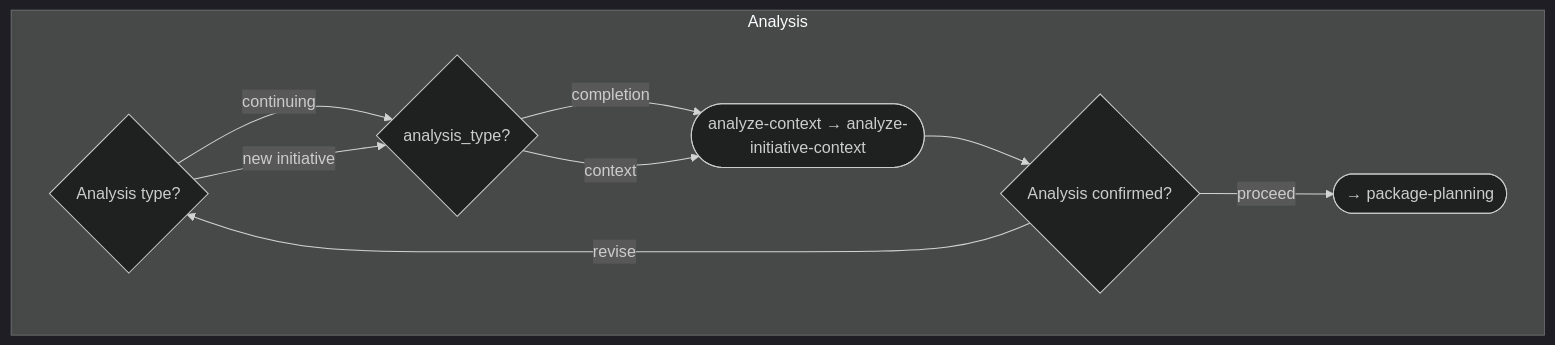
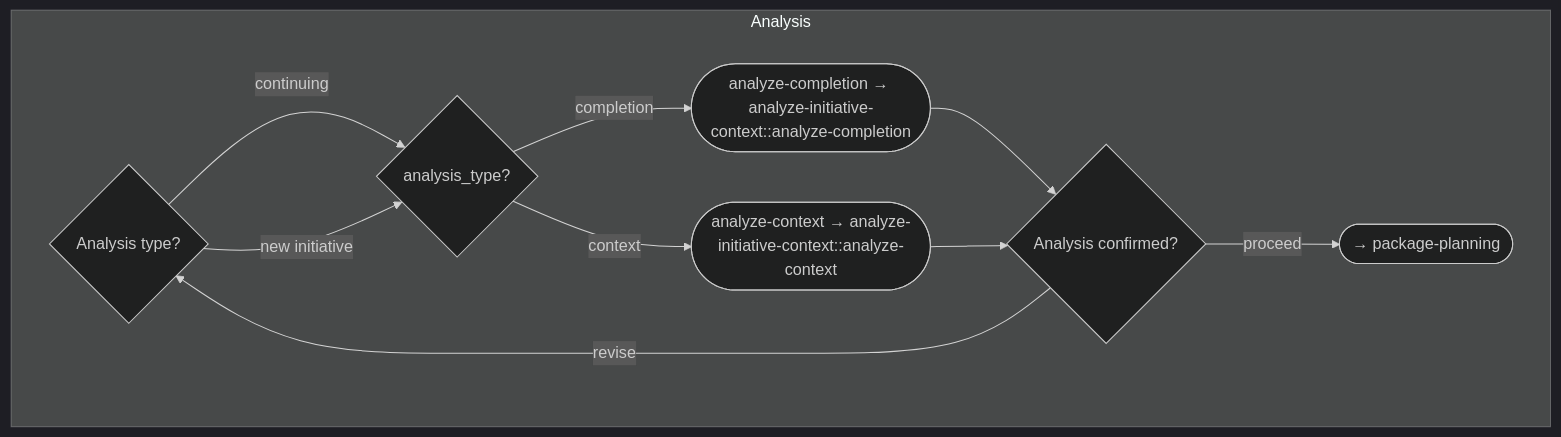
The fourth of 8 diagrams in work-packages/README.md (m2ux/workflow-server), drawn with Mermaid (dark theme) before and after one commit. The commit also changed other lines of this file and 44 other files, not shown here.

````diff
--- a/work-packages/README.md
+++ b/work-packages/README.md
@@ -88,17 +88,19 @@
 ```mermaid
 graph TD
     subgraph analysis[Analysis]
         cpType{Analysis type?}
         d1{analysis_type?}
-        a1([analyze-context → analyze-initiative-context])
+        a1([analyze-completion → analyze-initiative-context::analyze-completion])
+        a2([analyze-context → analyze-initiative-context::analyze-context])
         cp1{Analysis confirmed?}
         
         cpType -->|continuing| d1
         cpType -->|new initiative| d1
         d1 -->|completion| a1
-        d1 -->|context| a1
+        d1 -->|context| a2
         a1 --> cp1
+        a2 --> cp1
         cp1 -->|proceed| Next([→ package-planning])
         cp1 -->|revise| cpType
     end
 ```
````
